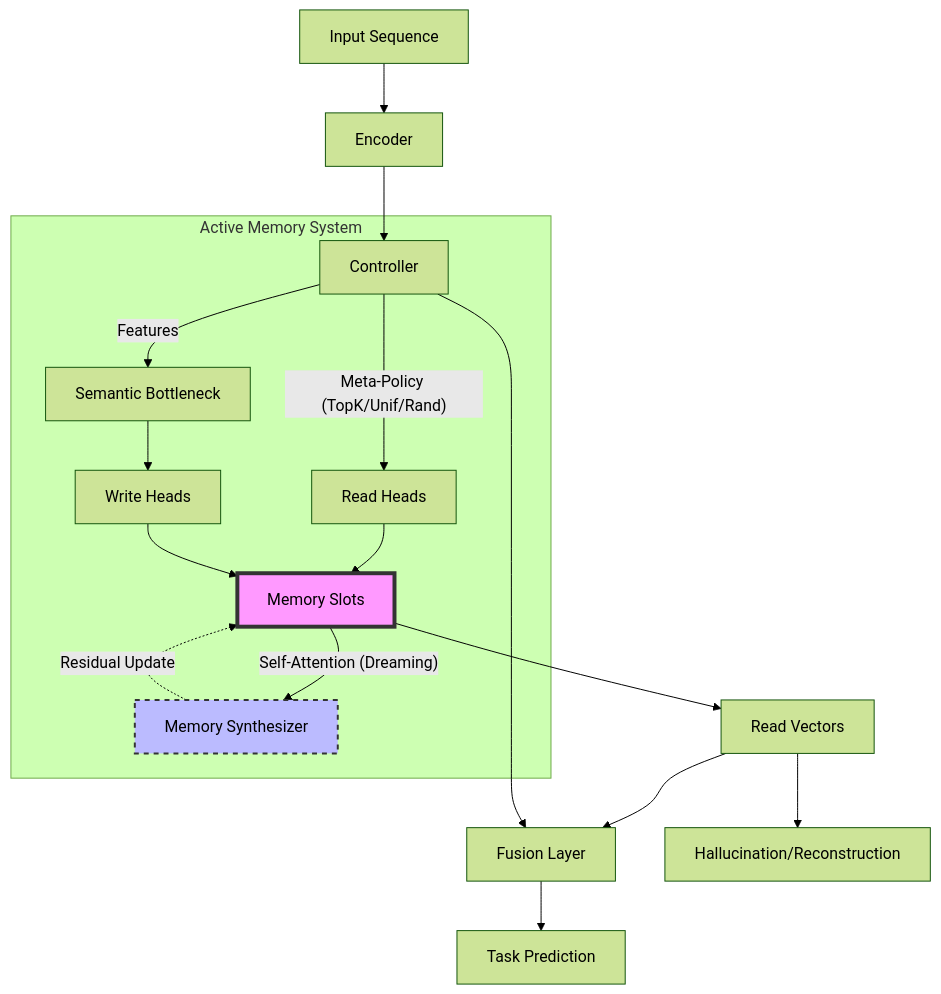
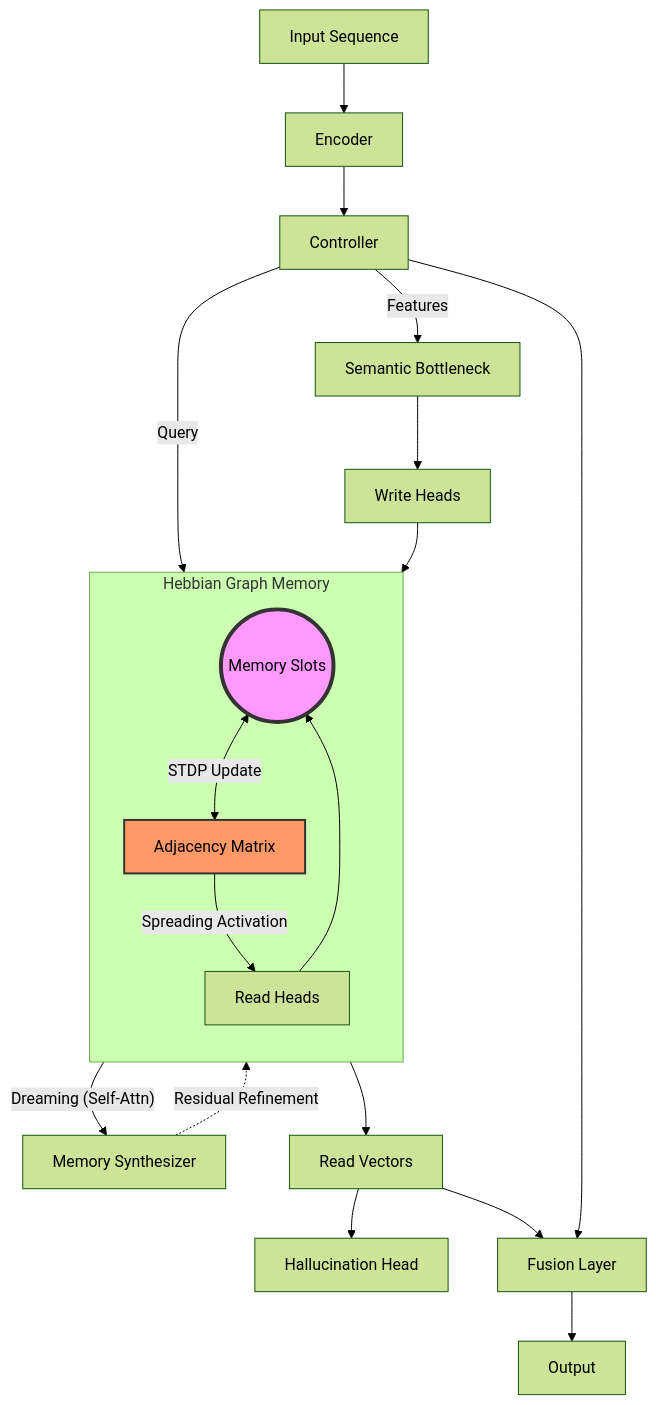
One commit to Ant1pozitive/memory-is-all-you-need changed the diagram in README.md. Above: the diagram before and after it, drawn with Mermaid (forest theme).

````diff
--- a/README.md
+++ b/README.md
@@ -79,27 +79,32 @@
 ```mermaid
 graph TD
     Input[Input Sequence] --> Encoder
     Encoder --> Controller
     
-    subgraph "Active Memory System"
-        Controller -- "Meta-Policy (TopK/Unif/Rand)" --> Read[Read Heads]
-        Read --> MemoryBank[Memory Slots]
+    subgraph "Hebbian Graph Memory"
+        direction TB
+        Slots((Memory Slots))
+        Graph[Adjacency Matrix]
         
-        Bottleneck[Semantic Bottleneck] --> Write[Write Heads]
-        Controller -- "Features" --> Bottleneck
-        Write --> MemoryBank
-        
-        MemoryBank -- "Self-Attention (Dreaming)" --> Synthesizer[Memory Synthesizer]
-        Synthesizer -.->|Residual Update| MemoryBank
+        Slots <-->|STDP Update| Graph
+        Graph -->|Spreading Activation| Read
     end
     
-    MemoryBank --> ReadVec[Read Vectors]
+    Controller -- "Query" --> Read[Read Heads]
+    Read --> Slots
+    
+    Controller -- "Features" --> Bottleneck[Semantic Bottleneck]
+    Bottleneck --> Write[Write Heads]
+    Write --> Slots
+    
+    Slots -- "Dreaming (Self-Attn)" --> Synthesizer[Memory Synthesizer]
+    Synthesizer -.->|Residual Refinement| Slots
+    
+    Slots --> ReadVec[Read Vectors]
+    ReadVec --> ReconHead[Hallucination Head]
     ReadVec --> Fusion[Fusion Layer]
-    Controller --> Fusion
+    Controller --> Fusion --> Output
     
-    Fusion --> TaskHead[Task Prediction]
-    ReadVec --> ReconHead[Hallucination/Reconstruction]
-    
-    style MemoryBank fill:#f9f,stroke:#333,stroke-width:4px
-    style Synthesizer fill:#bbf,stroke:#333,stroke-width:2px,stroke-dasharray: 5 5
+    style Graph fill:#f96,stroke:#333,stroke-width:2px
+    style Slots fill:#f9f,stroke:#333,stroke-width:4px
 ```
````
